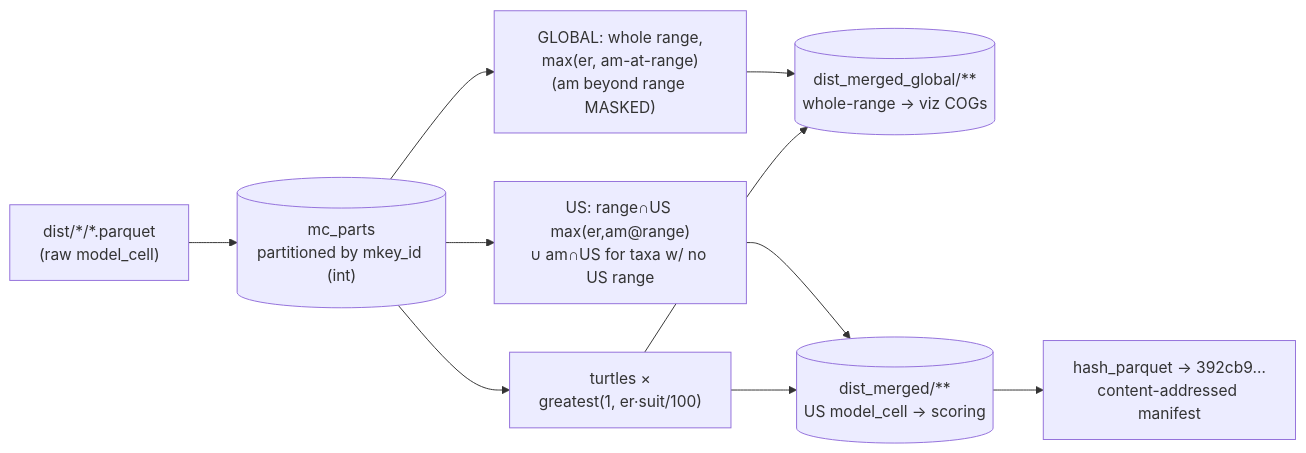
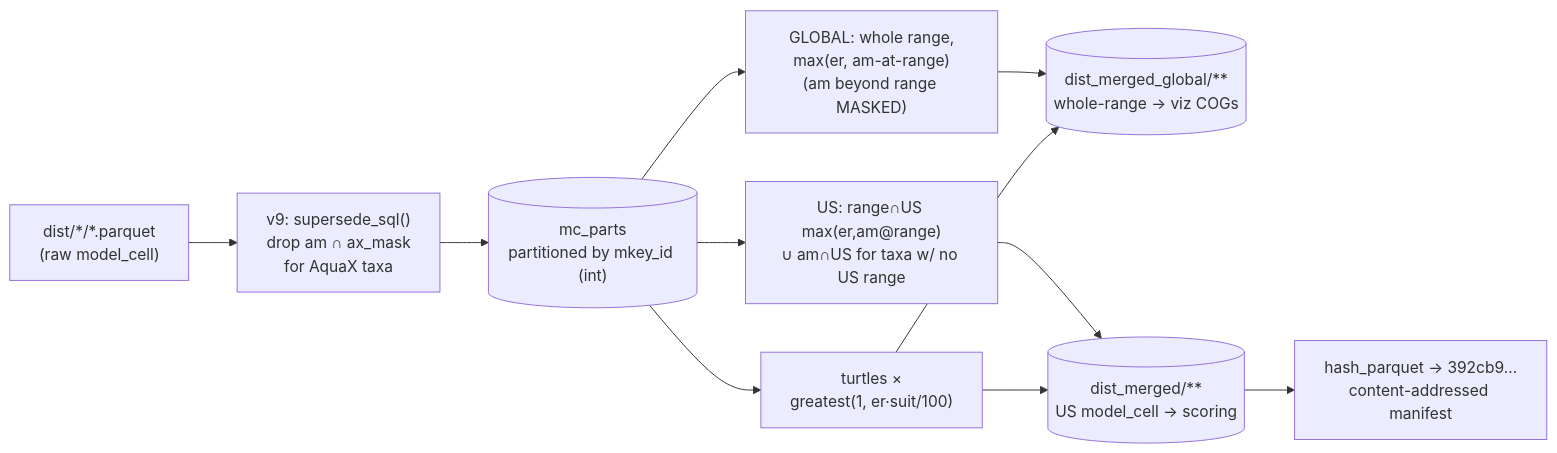
One commit to MarineSensitivity/workflows changed the diagram in merge_models.qmd. Above: the diagram before and after it, drawn with Mermaid. The commit also changed other lines of this file and 59 other files, not shown here.

````diff
--- a/merge_models.qmd
+++ b/merge_models.qmd
@@ -28,14 +36,14 @@
 ```{mermaid}
 %%| label: fig-design
 %%| fig-cap: "ONE batched merge → TWO surfaces from the same data, BOTH masked to the range footprint. GLOBAL viz = the whole range, max(er, am-at-range) → COGs. US scoring = v7-faithful US-boundary-aware rule (range∩US max(er,am-at-range) UNION am∩US for taxa with no US range) — NOT a trim of global. Turtles multiplicative."
 flowchart LR
-  raw["dist/*/*.parquet<br/>(raw model_cell)"] --> mcp[("mc_parts<br/>partitioned by mkey_id (int)")]
+  raw["dist/*/*.parquet<br/>(raw model_cell)"] --> sup["v9: supersede_sql()<br/>drop am ∩ ax_mask<br/>for AquaX taxa"] --> mcp[("mc_parts<br/>partitioned by mkey_id (int)")]
   mcp --> gm["GLOBAL: whole range,<br/>max(er, am-at-range)<br/>(am beyond range MASKED)"]
   mcp --> um["US: range∩US max(er,am@range)<br/>∪ am∩US for taxa w/ no US range"]
   mcp --> tt["turtles ×<br/>greatest(1, er·suit/100)"]
   gm --> g[("dist_merged_global/**<br/>whole-range → viz COGs")]
   tt --> g
   um --> us[("dist_merged/**<br/>US model_cell → scoring")]
   tt --> us
   us --> mf["hash_parquet → 392cb9…<br/>content-addressed manifest"]
 ```
````
